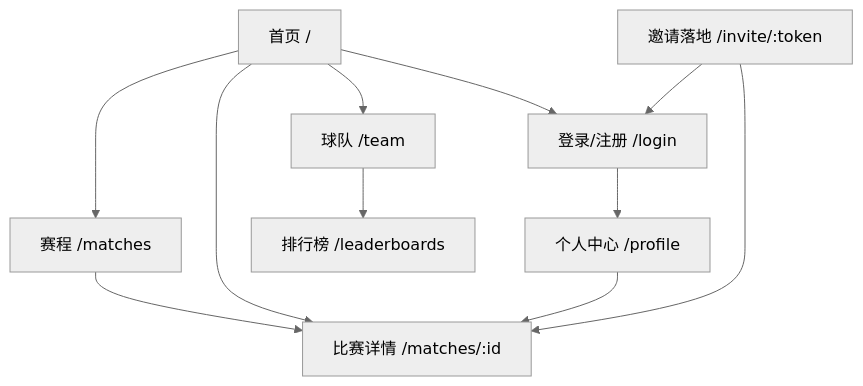
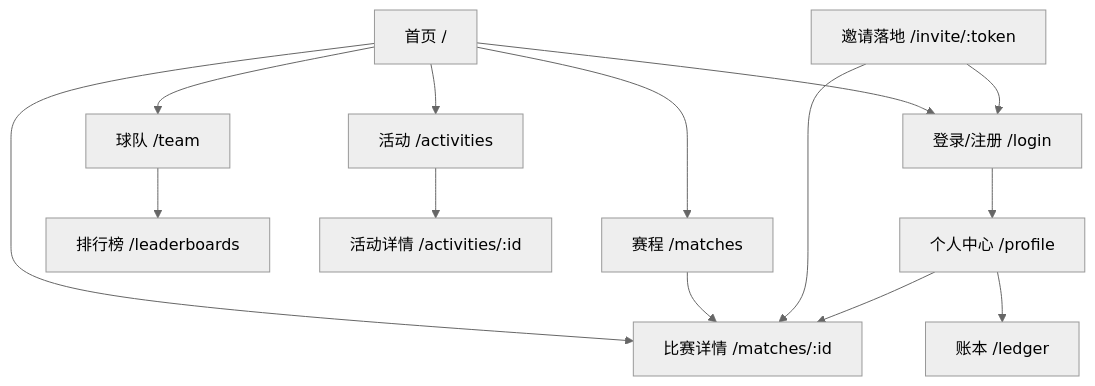
One commit to zhouyacheng/yunhefc changed the first of 10 diagrams in docs/design/02.页面结构与交互设计.md. Above: the diagram before and after it, drawn with Mermaid (neutral theme). The commit also changed other lines of this file and 19 other files, not shown here.

First line of the commit message:
docs(activity-ledger): 活动与账本批次设计与文档同步（P-92~P-97）

````diff
--- a/docs/design/02.页面结构与交互设计.md
+++ b/docs/design/02.页面结构与交互设计.md
@@ -26,13 +26,16 @@
 ```mermaid
 flowchart TD
   Home[首页 /] --> Matches[赛程 /matches]
   Home --> MatchDetail[比赛详情 /matches/:id]
   Matches --> MatchDetail
   Home --> Team[球队 /team]
   Team --> Leaderboard[排行榜 /leaderboards]
+  Home --> Activities[活动 /activities]
+  Activities --> ActivityDetail[活动详情 /activities/:id]
+  Profile --> Ledger[账本 /ledger]
   Home --> Login[登录/注册 /login]
   Login --> Profile[个人中心 /profile]
   Invite[邀请落地 /invite/:token] --> Login
   Invite --> MatchDetail
   Profile --> MatchDetail
 ```
````
